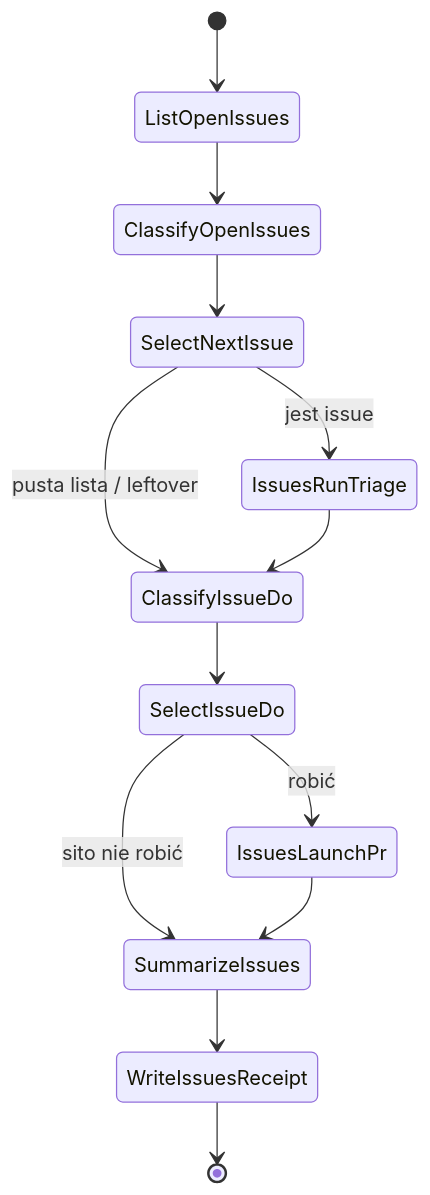
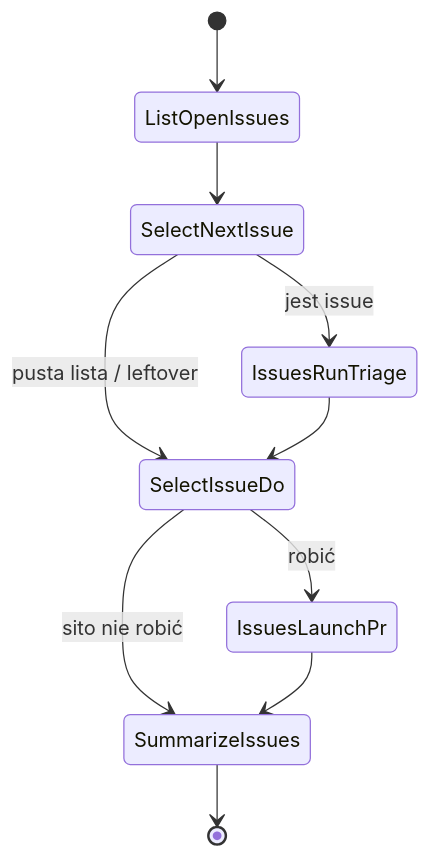
Diagram 36 of 42 in README.md (mikolaj92/lokay), drawn with Mermaid before and after one commit. The commit also changed other lines of this file and 10 other files, not shown here.

First line of the commit message:
fix: issues NODE wires six atoms; classify/write stay functions

````diff
--- a/README.md
+++ b/README.md
@@ -994,15 +994,12 @@
 ```mermaid
 stateDiagram-v2
     [*] --> ListOpenIssues
-    ListOpenIssues --> ClassifyOpenIssues
-    ClassifyOpenIssues --> SelectNextIssue
+    ListOpenIssues --> SelectNextIssue
     SelectNextIssue --> IssuesRunTriage: jest issue
-    SelectNextIssue --> ClassifyIssueDo: pusta lista / leftover
-    IssuesRunTriage --> ClassifyIssueDo
-    ClassifyIssueDo --> SelectIssueDo
+    SelectNextIssue --> SelectIssueDo: pusta lista / leftover
+    IssuesRunTriage --> SelectIssueDo
     SelectIssueDo --> IssuesLaunchPr: robić
     SelectIssueDo --> SummarizeIssues: sito nie robić
     IssuesLaunchPr --> SummarizeIssues
-    SummarizeIssues --> WriteIssuesReceipt
-    WriteIssuesReceipt --> [*]
+    SummarizeIssues --> [*]
 ```
````
